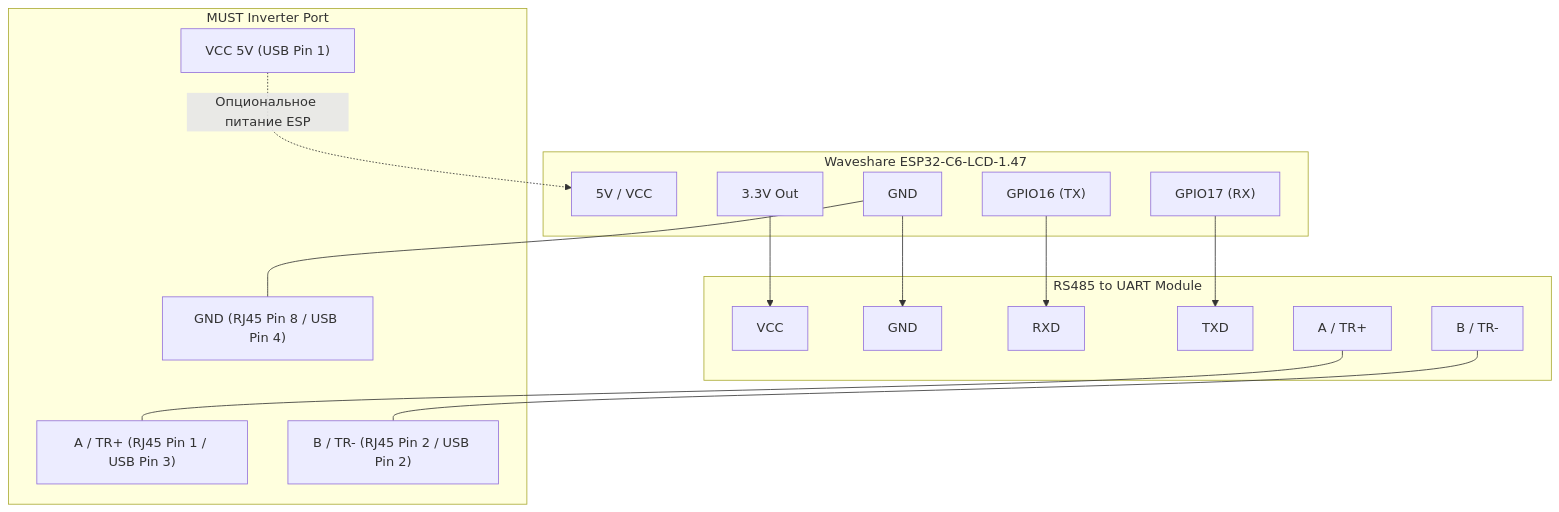
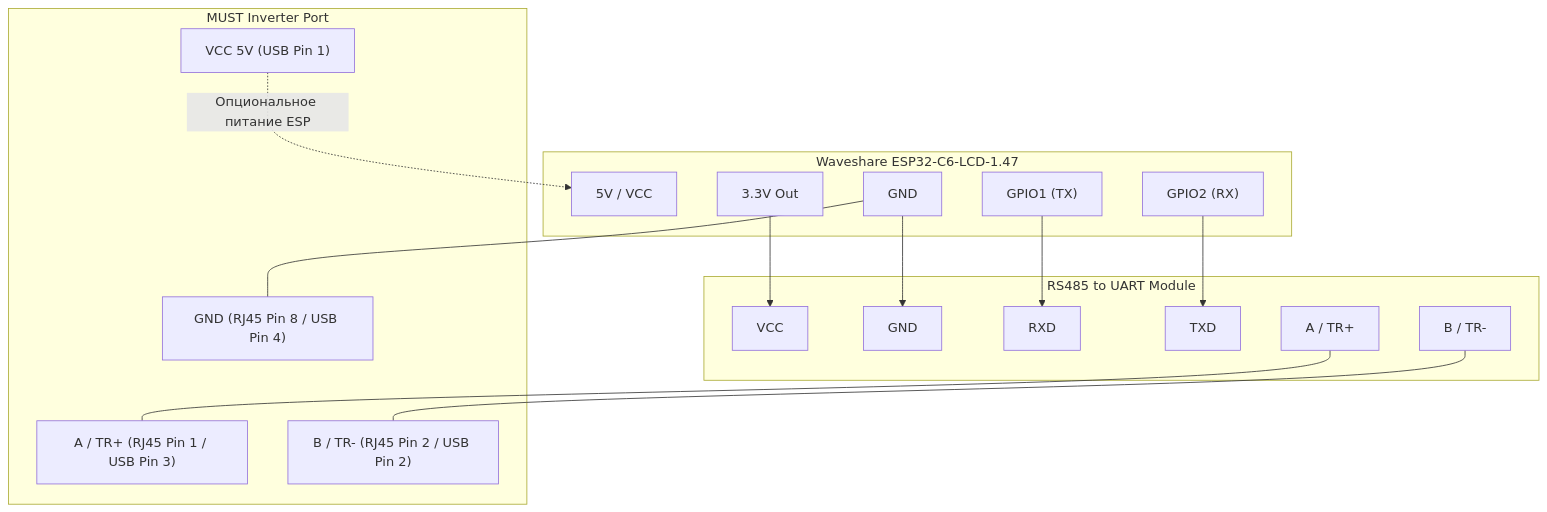
The diagram in README-must-ph19.md (set-st/esphome-must-inverter), drawn with Mermaid before and after one commit. The commit also changed other lines of this file and 1 other file, not shown here.

````diff
--- a/README-must-ph19.md
+++ b/README-must-ph19.md
@@ -51,40 +51,40 @@
 ```mermaid
 graph TD
     subgraph "Waveshare ESP32-C6-LCD-1.47"
         ESP_5V["5V / VCC"]
         ESP_3V3["3.3V Out"]
         GND1["GND"]
-        G16["GPIO16 (TX)"]
-        G17["GPIO17 (RX)"]
+        G1["GPIO1 (TX)"]
+        G2["GPIO2 (RX)"]
     end
 
     subgraph "RS485 to UART Module"
         RS_VCC["VCC"]
         RS_GND["GND"]
         RS_RXD["RXD"]
         RS_TXD["TXD"]
         RS_A["A / TR+"]
         RS_B["B / TR-"]
     end
 
     subgraph "MUST Inverter Port"
         INV_VCC["VCC 5V (USB Pin 1)"]
         INV_A["A / TR+ (RJ45 Pin 1 / USB Pin 3)"]
         INV_B["B / TR- (RJ45 Pin 2 / USB Pin 2)"]
         INV_GND["GND (RJ45 Pin 8 / USB Pin 4)"]
     end
 
     %% Power from Inverter to ESP32 (if using USB WiFi port)
     INV_VCC -.->|Опциональное питание ESP| ESP_5V
 
     %% RS485 Power & Data (from ESP32 to Converter)
     ESP_3V3 --> RS_VCC
     GND1 --> RS_GND
-    G16 --> RS_RXD
-    G17 --> RS_TXD
+    G1 --> RS_RXD
+    G2 --> RS_TXD
 
     %% Modbus to Inverter
     RS_A --- INV_A
     RS_B --- INV_B
     GND1 --- INV_GND
 ```
````
